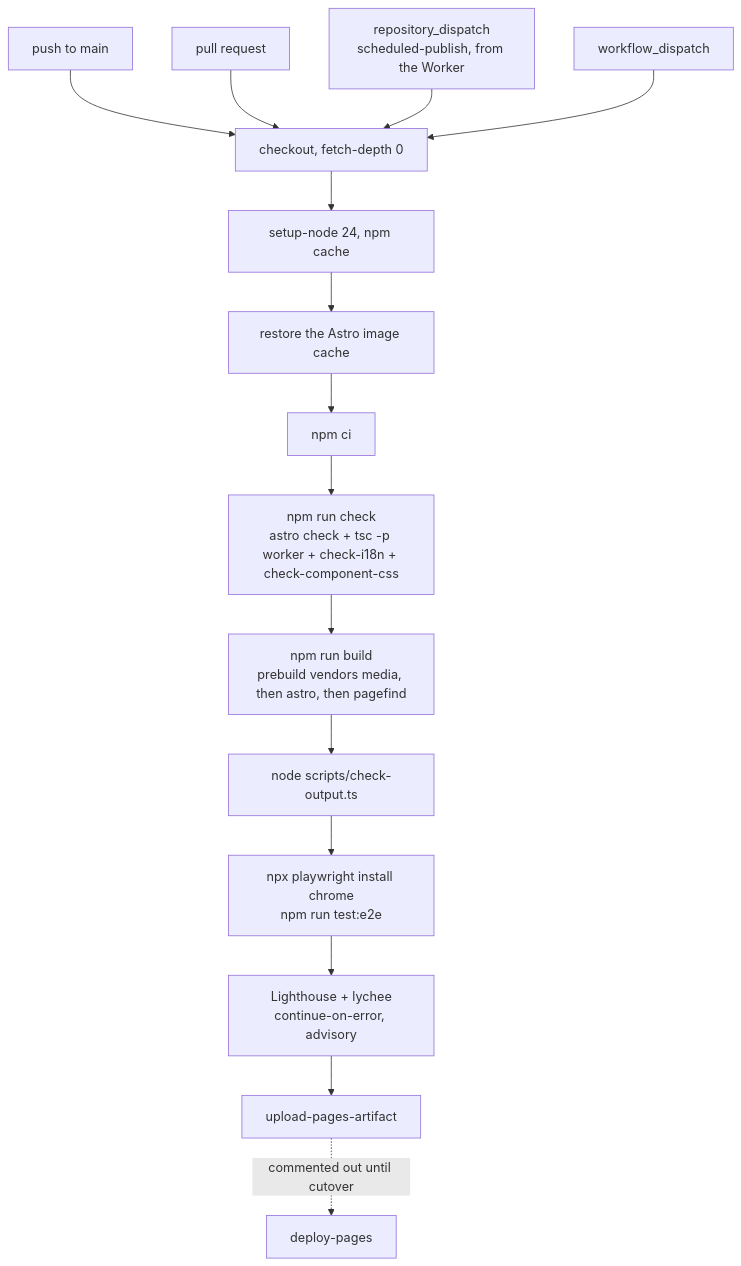
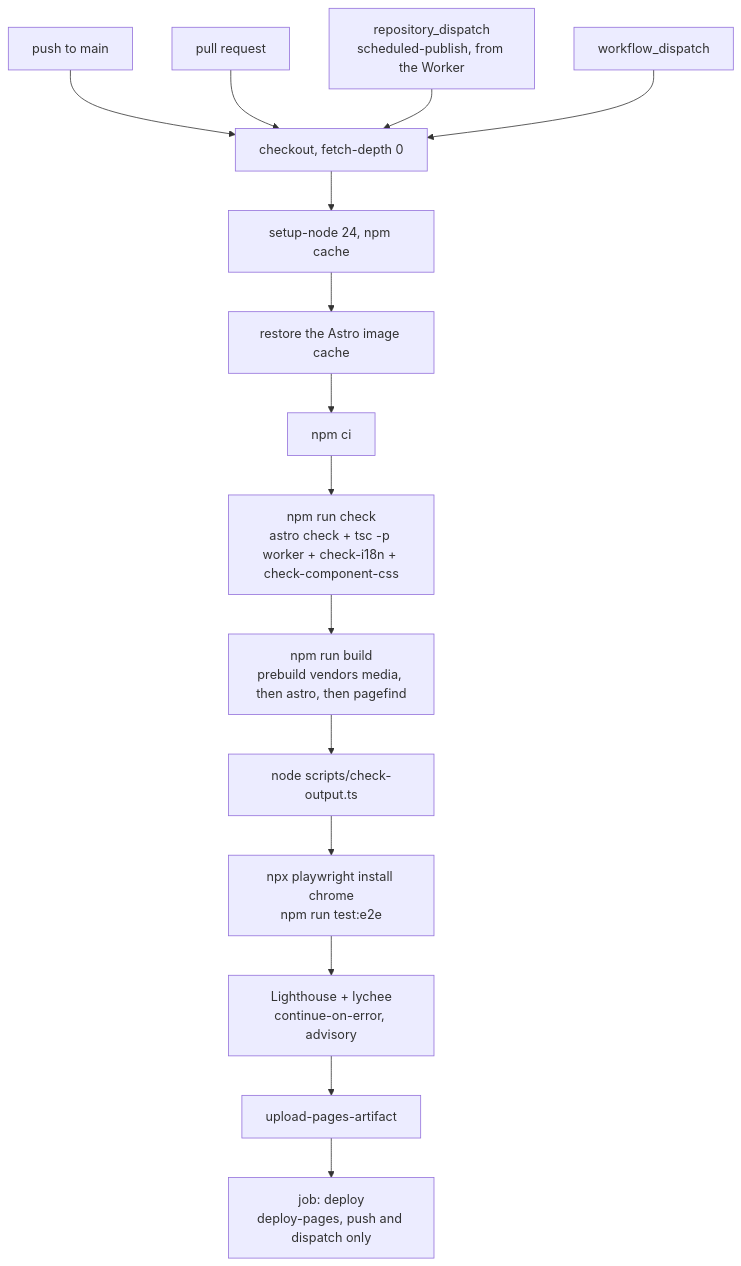
Before and after one commit to khaosdoctor/blog: the first of 3 diagrams in docs/ci.md, drawn with Mermaid. The commit also changed other lines of this file and 2 other files, not shown here.

First line of the commit message:
ci: deploy to Pages on push, at blog.lsantos.dev

````diff
--- a/docs/ci.md
+++ b/docs/ci.md
@@ -12,17 +17,17 @@
 ```mermaid
 flowchart TD
   T1["push to main"] --> C
   T2["pull request"] --> C
   T3["repository_dispatch<br/>scheduled-publish, from the Worker"] --> C
   T4["workflow_dispatch"] --> C
   C["checkout, fetch-depth 0"] --> N["setup-node 24, npm cache"]
   N --> K["restore the Astro image cache"]
   K --> I["npm ci"]
   I --> CH["npm run check<br/>astro check + tsc -p worker + check-i18n + check-component-css"]
   CH --> B["npm run build<br/>prebuild vendors media, then astro, then pagefind"]
   B --> G["node scripts/check-output.ts"]
   G --> E["npx playwright install chrome<br/>npm run test:e2e"]
   E --> S["Lighthouse + lychee<br/>continue-on-error, advisory"]
   S --> A["upload-pages-artifact"]
-  A -.->|"commented out until cutover"| D["deploy-pages"]
+  A --> D["job: deploy<br/>deploy-pages, push and dispatch only"]
 ```
````
